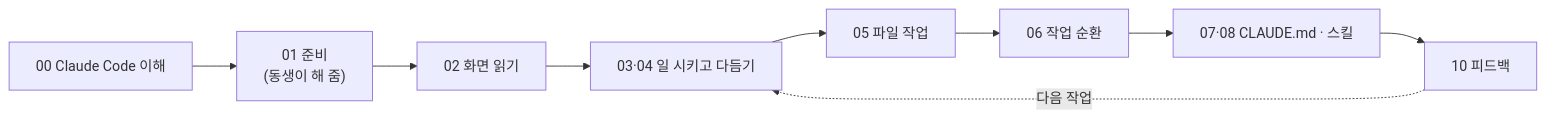
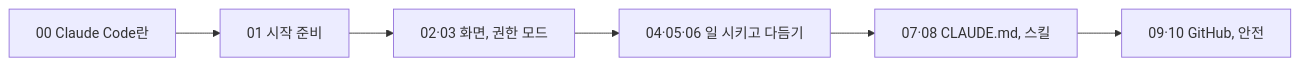
One commit to gyuber/claude-basics changed the diagram in README.md. Above: the diagram before and after it, drawn with Mermaid. The commit also changed other lines of this file and 38 other files, not shown here.

````diff
--- a/README.md
+++ b/README.md
@@ -10,5 +10,4 @@
 ```mermaid
 flowchart LR
-  A["00 Claude Code 이해"] --> B["01 준비<br/>(동생이 해 줌)"] --> C["02 화면 읽기"] --> D["03·04 일 시키고 다듬기"] --> E["05 파일 작업"] --> F["06 작업 순환"] --> H["07·08 CLAUDE.md · 스킬"] --> G["10 피드백"]
-  G -. 다음 작업 .-> D
+  A["00 Claude Code란"] --> B["01 시작 준비"] --> C["02·03 화면, 권한 모드"] --> D["04·05·06 일 시키고 다듬기"] --> E["07·08 CLAUDE.md, 스킬"] --> F["09·10 GitHub, 안전"]
 ```
````
